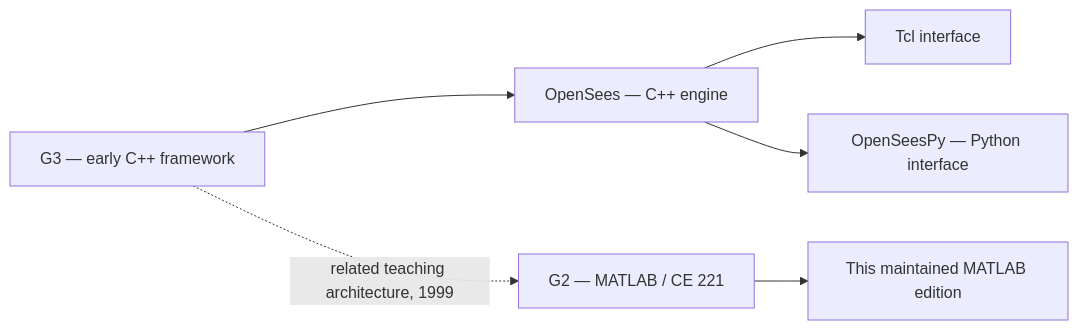
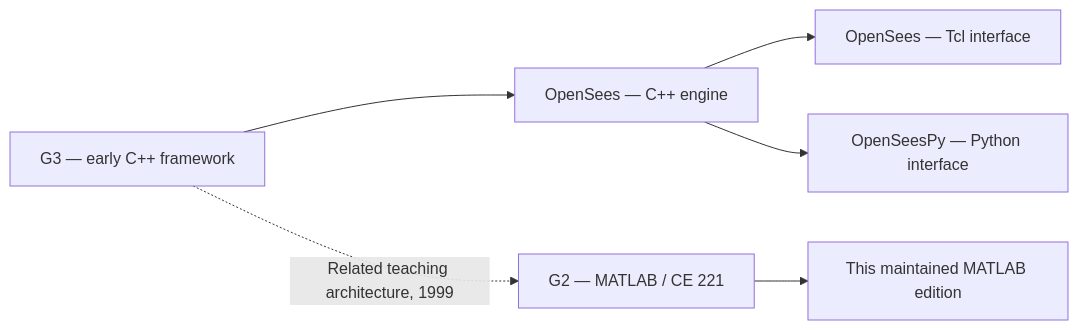
Before and after one commit to mgrubisic/G2-MATLAB-predecessor-to-OpenSees: the diagram in README.md, drawn with Mermaid.

Commit message:
Fix typos in README.md flowchart annotations

````diff
--- a/README.md
+++ b/README.md
@@ -27,8 +27,8 @@
 ```mermaid
 flowchart LR
     G3["G3 — early C++ framework"] --> OS["OpenSees — C++ engine"]
-    G3 -. "related teaching architecture, 1999" .-> G2["G2 — MATLAB / CE 221"]
-    OS --> TCL["Tcl interface"]
+    G3 -. "Related teaching architecture, 1999" .-> G2["G2 — MATLAB / CE 221"]
+    OS --> TCL["OpenSees — Tcl interface"]
     OS --> PY["OpenSeesPy — Python interface"]
     G2 --> FORK["This maintained MATLAB edition"]
 ```
````
